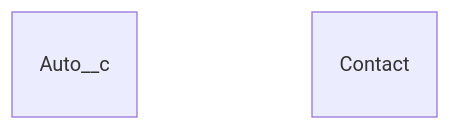
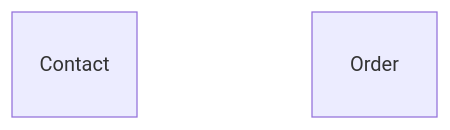
Before and after one commit to sebastianclaros/teatime: the second of 2 diagrams in docs/ventas/intro.md, drawn with Mermaid. The commit also changed other lines of this file and 47 other files, not shown here.

````diff
--- a/docs/ventas/intro.md
+++ b/docs/ventas/intro.md
@@ -58,9 +59,9 @@
 ```mermaid
 erDiagram
 
-Auto__c {
+Contact {
 }
-Contact {
+Order {
 }
 
 ```
````
